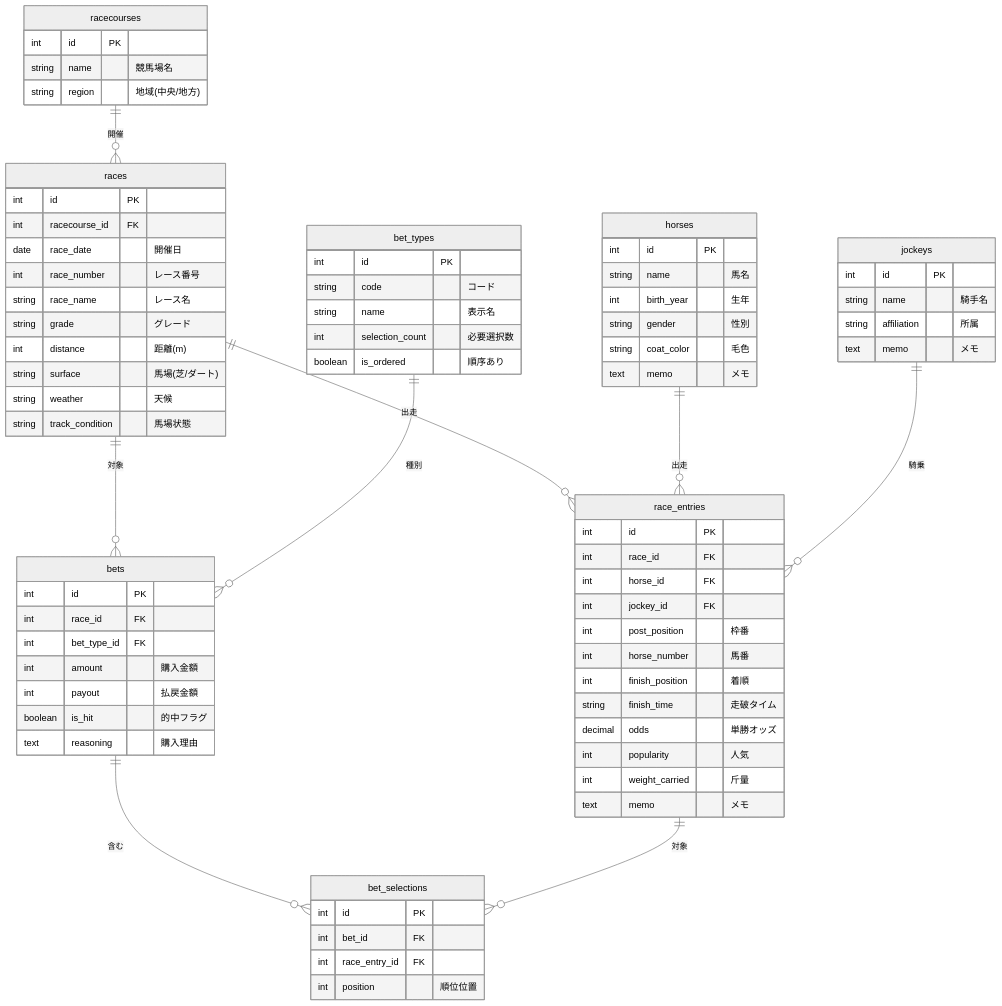
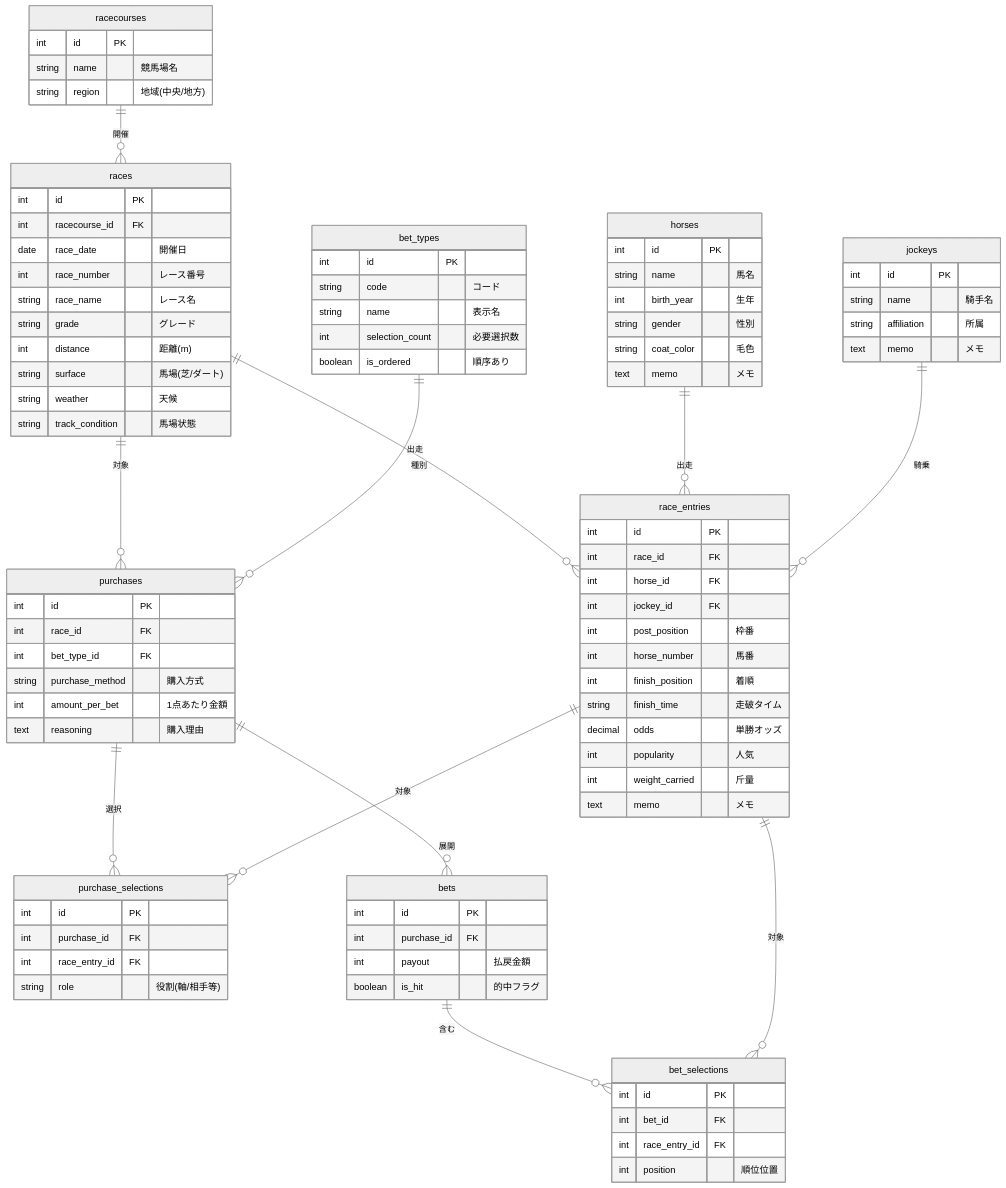
Before and after one commit to nakajima97/keiba-note: the diagram in docs/overviews/database-design.md, drawn with Mermaid (neutral theme). The commit also changed other lines of this file, not shown here.

```diff
--- a/docs/overviews/database-design.md
+++ b/docs/overviews/database-design.md
@@ -11,8 +11,11 @@
     races ||--o{ race_entries : "出走"
     horses ||--o{ race_entries : "出走"
     jockeys ||--o{ race_entries : "騎乗"
-    races ||--o{ bets : "対象"
-    bet_types ||--o{ bets : "種別"
+    races ||--o{ purchases : "対象"
+    bet_types ||--o{ purchases : "種別"
+    purchases ||--o{ purchase_selections : "選択"
+    purchases ||--o{ bets : "展開"
+    race_entries ||--o{ purchase_selections : "対象"
     bets ||--o{ bet_selections : "含む"
     race_entries ||--o{ bet_selections : "対象"
 
@@ -74,14 +77,27 @@
         boolean is_ordered "順序あり"
     }
 
-    bets {
+    purchases {
         int id PK
         int race_id FK
         int bet_type_id FK
-        int amount "購入金額"
+        string purchase_method "購入方式"
+        int amount_per_bet "1点あたり金額"
+        text reasoning "購入理由"
+    }
+
+    purchase_selections {
+        int id PK
+        int purchase_id FK
+        int race_entry_id FK
+        string role "役割(軸/相手等)"
+    }
+
+    bets {
+        int id PK
+        int purchase_id FK
         int payout "払戻金額"
         boolean is_hit "的中フラグ"
-        text reasoning "購入理由"
     }
 
     bet_selections {
```
